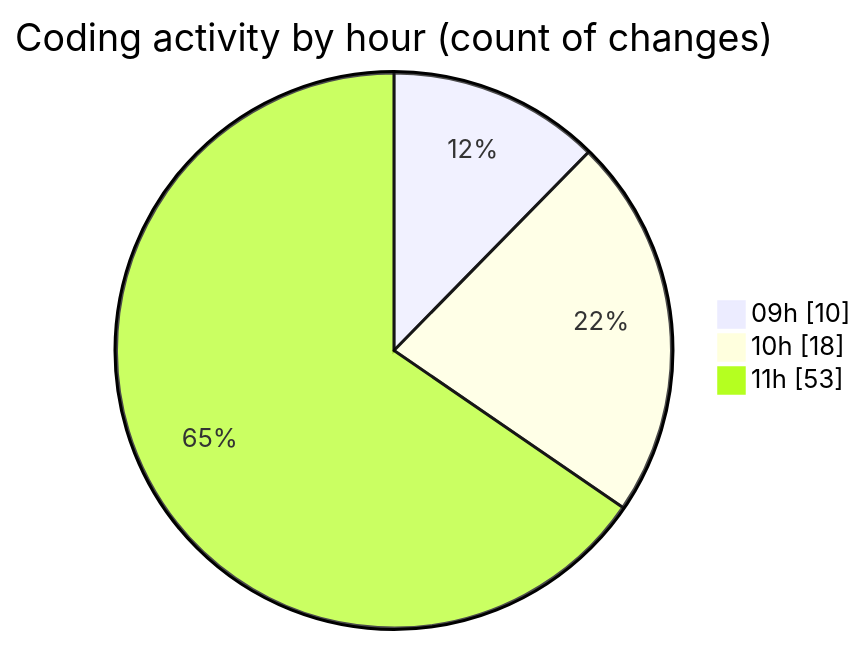
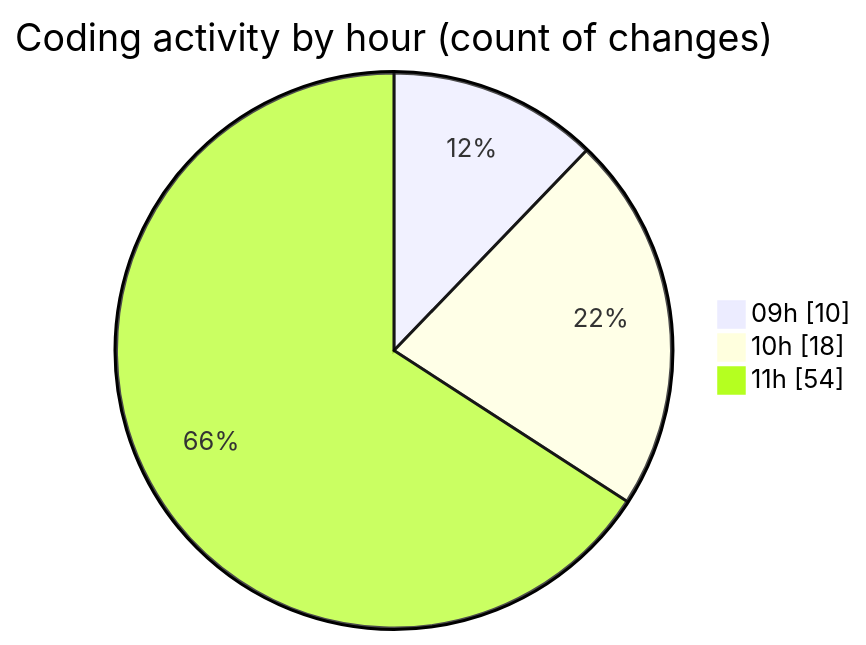
The second of 2 diagrams in 2025-05-09/ecodeli/README.md (CELIANVF/code-tracking), drawn with Mermaid before and after one commit. The commit also changed other lines of this file and 1 other file, not shown here.

````diff
--- a/2025-05-09/ecodeli/README.md
+++ b/2025-05-09/ecodeli/README.md
@@ -46,7 +46,7 @@
 ```mermaid
 pie showData
 title Coding activity by hour (count of changes)
 "09h" : 10
 "10h" : 18
-"11h" : 53
+"11h" : 54
 ```
````
